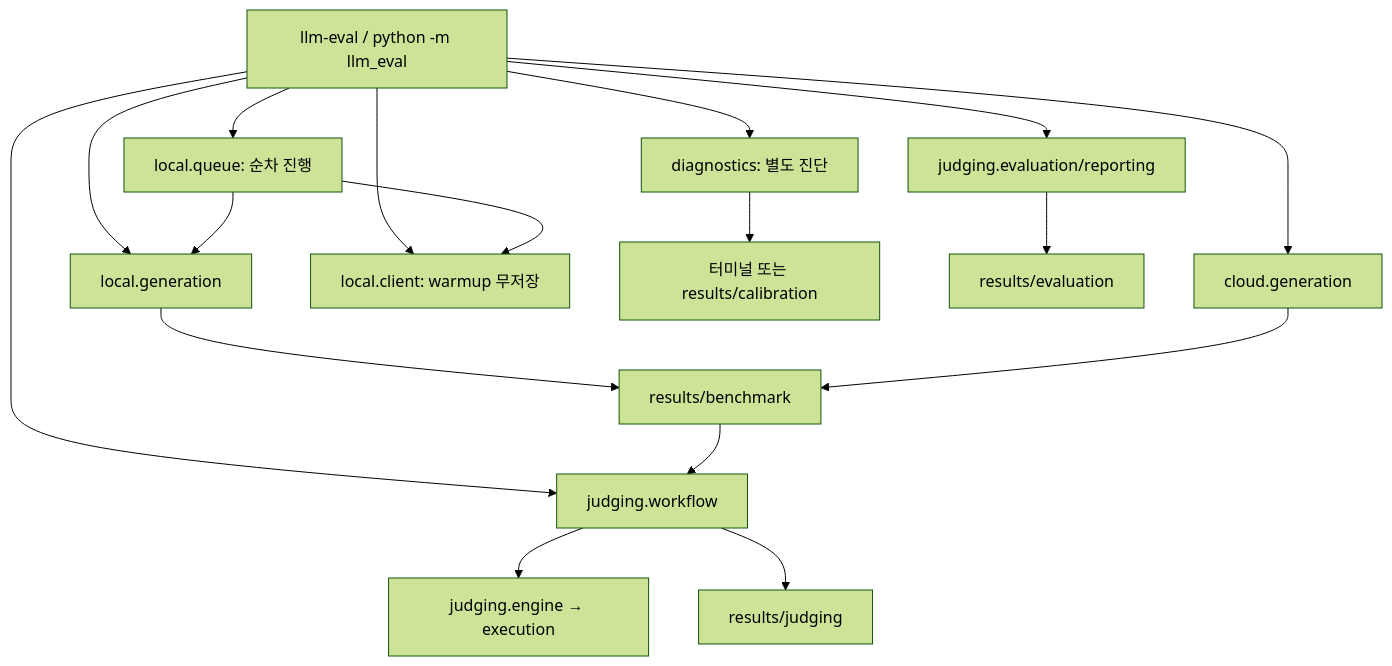
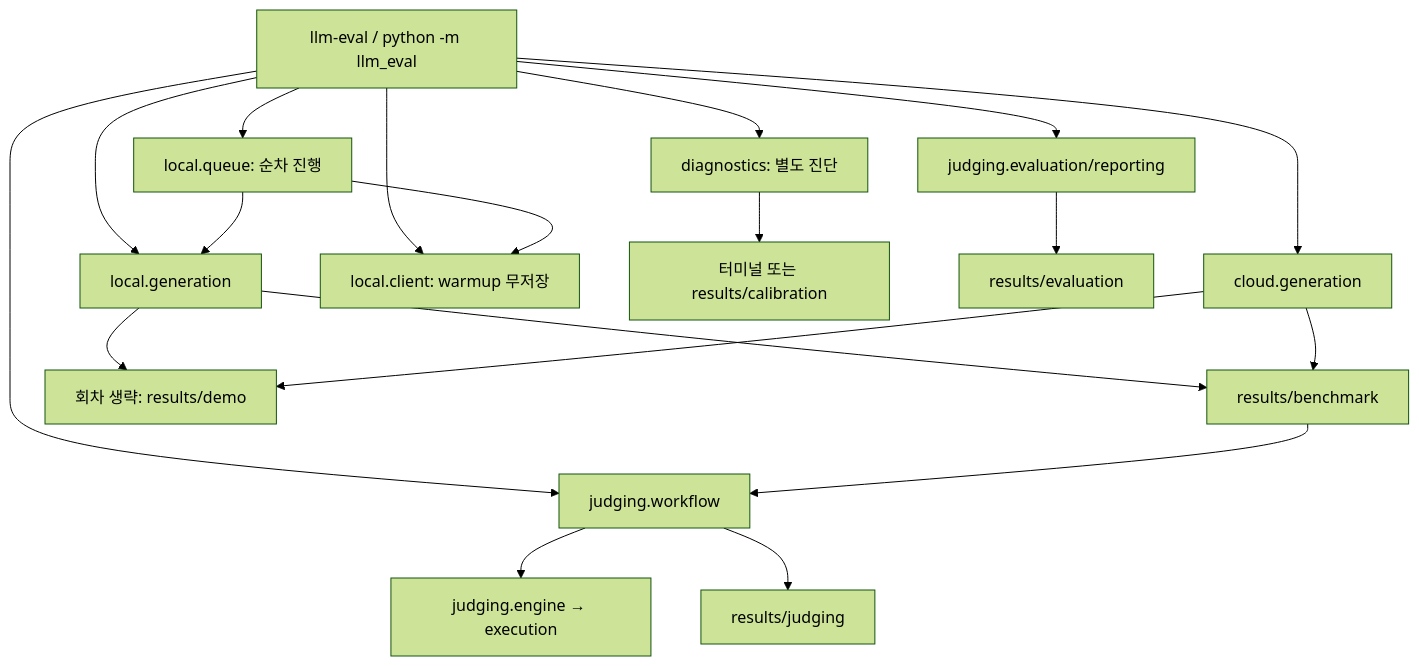
Before and after one commit to 10o0o/-KANT-project-1-_local-llm-evaluation: the diagram in docs/architecture.md, drawn with Mermaid (forest theme). The commit also changed other lines of this file and 15 other files, not shown here.

````diff
--- a/docs/architecture.md
+++ b/docs/architecture.md
@@ -46,19 +48,21 @@
 ```mermaid
 flowchart TD
     CLI[llm-eval / python -m llm_eval] --> Q[local.queue: 순차 진행]
     CLI --> L[local.generation]
     CLI --> C[cloud.generation]
     CLI --> W[local.client: warmup 무저장]
     CLI --> D[diagnostics: 별도 진단]
     CLI --> J[judging.workflow]
     CLI --> EV[judging.evaluation/reporting]
     Q --> L
     Q --> W
     L --> B[results/benchmark]
     C --> B
+    L --> DEMO[회차 생략: results/demo]
+    C --> DEMO
     D --> P[터미널 또는 results/calibration]
     B --> J
     J --> E[judging.engine → execution]
     J --> R[results/judging]
     EV --> R2[results/evaluation]
 ```
````
